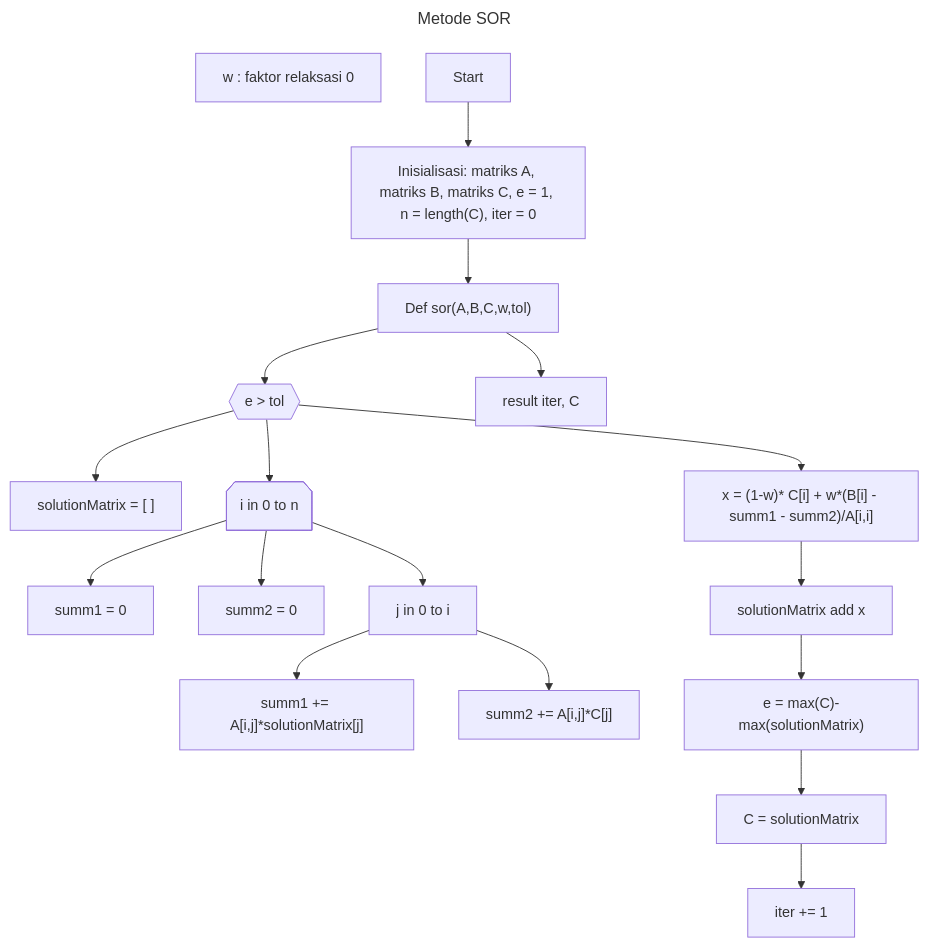
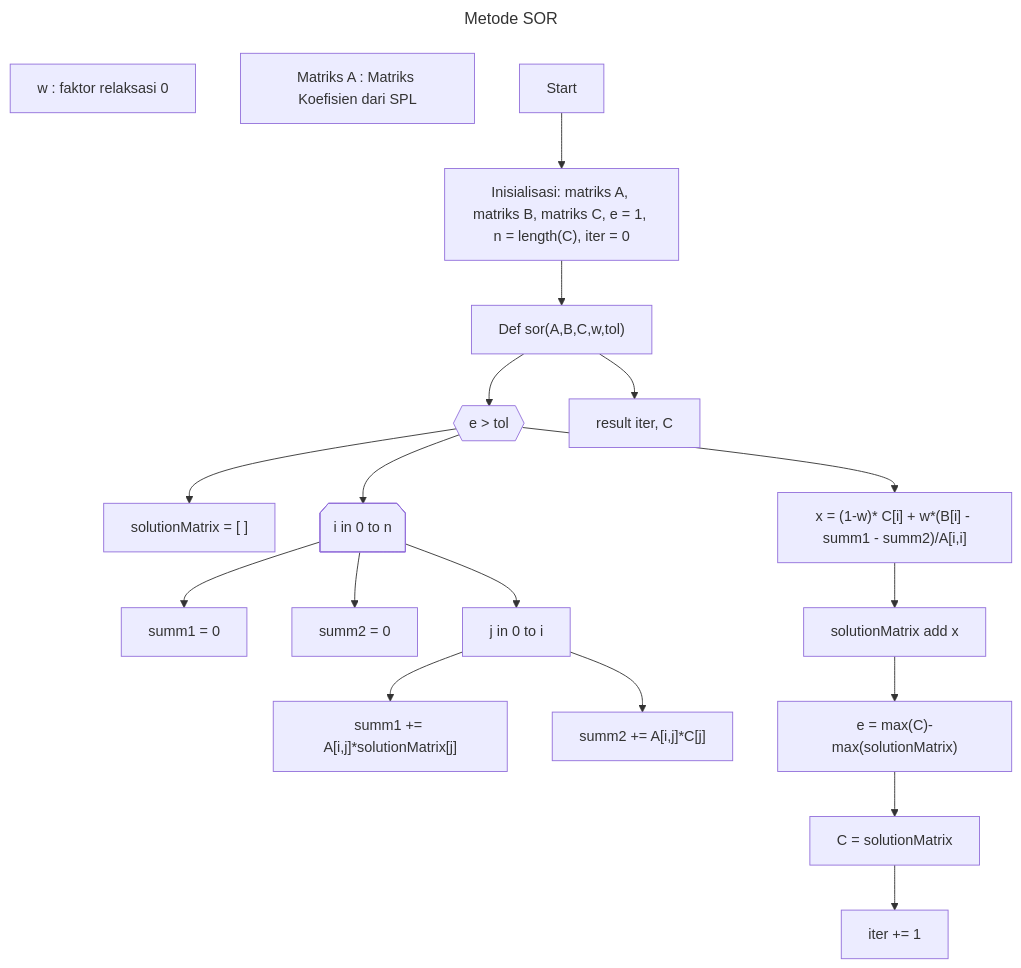
The diagram in Modul-3/metode-sor.mmd (aslabkomfis/Komputasi-Numerik-24-25), drawn with Mermaid before and after one commit.

```diff
--- a/Modul-3/metode-sor.mmd
+++ b/Modul-3/metode-sor.mmd
@@ -1,23 +1,24 @@
 ---
 title: Metode SOR
 ---
 
 flowchart TD;
-    Z["w : faktor relaksasi 0<w<2, Matriks A : Matriks Koefisien dari SPL, Matriks B : Matriks solusi dari SPL, C : Matriks kosong dengan ukuran matriks B"] 
+    Z["w : faktor relaksasi 0<w<2"]
+    ZZ["Matriks A : Matriks Koefisien dari SPL"]
 
     A[Start] --> B["Inisialisasi: matriks A, matriks B, matriks C, e = 1, n = length(C), iter = 0"] 
     B --> X["Def sor(A,B,C,w,tol)"]
     X --> C{{"e > tol"}}
     C --> D["solutionMatrix = [ ]"]
     C --> E@{shape: notch-pent, label: "i in 0 to n"}
     E --> F["summ1 = 0"]
     E --> G["summ2 = 0"]
     E --> H["j in 0 to i"]
     H --> I["summ1 += A[i,j]*solutionMatrix[j]"]
     H --> K["summ2 += A[i,j]*C[j]"]
     C --> L["x = (1-w)* C[i] + w*(B[i] - summ1 - summ2)/A[i,i]"]
     L --> M["solutionMatrix add x"]
     M --> N["e = max(C)-max(solutionMatrix)"]
     N --> P["C = solutionMatrix"]
     P --> Q["iter += 1"]
     X --> R["result iter, C"]
```
